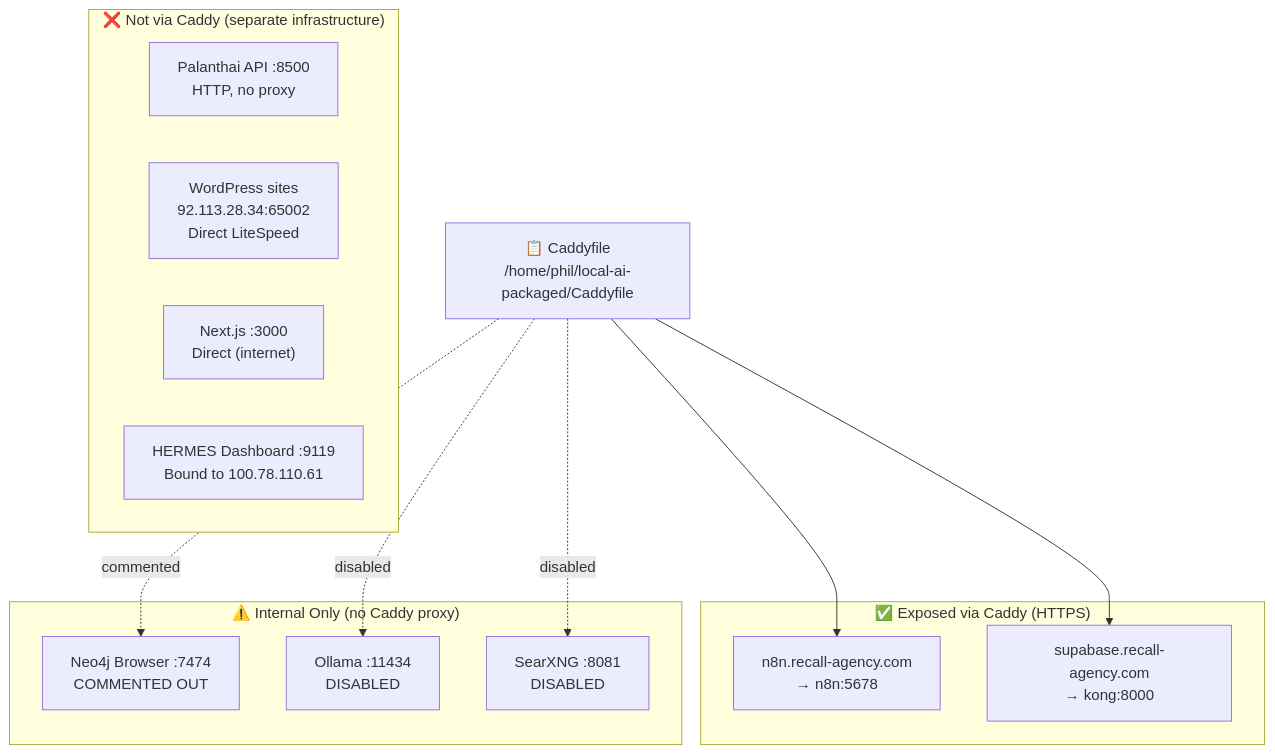
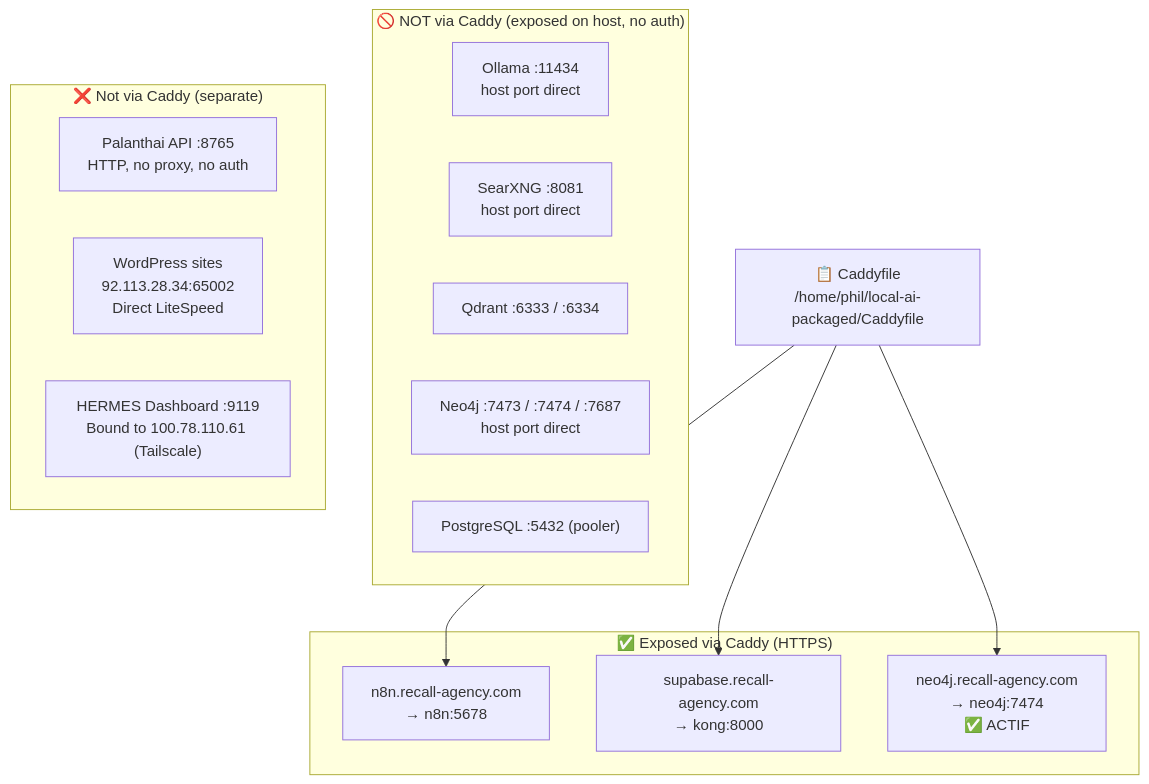
One commit to jeanhackpy/local-ai-packaged changed the fourth of 7 diagrams in 10_Infrastructure/VPS_Hostinger/VPS_ARCHITECTURE_DIAGRAM.md. Above: the diagram before and after it, drawn with Mermaid. The commit also changed other lines of this file and 4467 other files, not shown here.

````diff
--- a/10_Infrastructure/VPS_Hostinger/VPS_ARCHITECTURE_DIAGRAM.md
+++ b/10_Infrastructure/VPS_Hostinger/VPS_ARCHITECTURE_DIAGRAM.md
@@ -179,28 +187,28 @@
 ```mermaid
 flowchart TB
     CADDY_FILE["📋 Caddyfile<br/>/home/phil/local-ai-packaged/Caddyfile"]
 
     subgraph EXPOSED["✅ Exposed via Caddy (HTTPS)"]
         N8N_ROUTE["n8n.recall-agency.com<br/>→ n8n:5678"]
         SUPABASE_ROUTE["supabase.recall-agency.com<br/>→ kong:8000"]
+        NEO4J_ROUTE["neo4j.recall-agency.com<br/>→ neo4j:7474<br/>✅ ACTIF"]
     end
 
-    subgraph INTERNAL_ONLY["⚠️ Internal Only (no Caddy proxy)"]
-        NEO4J_ROUTE["Neo4j Browser :7474<br/>COMMENTED OUT"]
-        OLLAMA_ROUTE["Ollama :11434<br/>DISABLED"]
-        SEARXNG_ROUTE["SearXNG :8081<br/>DISABLED"]
+    subgraph INTERNAL_ONLY["🚫 NOT via Caddy (exposed on host, no auth)"]
+        OLLAMA_HOST["Ollama :11434<br/>host port direct"]
+        SEARXNG_HOST["SearXNG :8081<br/>host port direct"]
+        QDRANT_HOST["Qdrant :6333 / :6334"]
+        NEO4J_HOST["Neo4j :7473 / :7474 / :7687<br/>host port direct"]
+        PG_HOST["PostgreSQL :5432 (pooler)"]
     end
 
-    subgraph NOT_PROXIED["❌ Not via Caddy (separate infrastructure)"]
-        PALANTHAI["Palanthai API :8500<br/>HTTP, no proxy"]
+    subgraph NOT_PROXIED["❌ Not via Caddy (separate)"]
+        PALANTHAI["Palanthai API :8765<br/>HTTP, no proxy, no auth"]
         WORDPRESS["WordPress sites<br/>92.113.28.34:65002<br/>Direct LiteSpeed"]
-        NEXTJS_VPS["Next.js :3000<br/>Direct (internet)"]
-        HERMES_DASH["HERMES Dashboard :9119<br/>Bound to 100.78.110.61"]
+        HERMES_DASH["HERMES Dashboard :9119<br/>Bound to 100.78.110.61 (Tailscale)"]
     end
 
     CADDY_FILE --> N8N_ROUTE
     CADDY_FILE --> SUPABASE_ROUTE
-    CADDY_FILE -.commented.-> NEO4J_ROUTE
-    CADDY_FILE -.disabled.-> OLLAMA_ROUTE
-    CADDY_FILE -.disabled.-> SEARXNG_ROUTE
+    CADDY_FILE --> NEO4J_ROUTE
 ```
````
